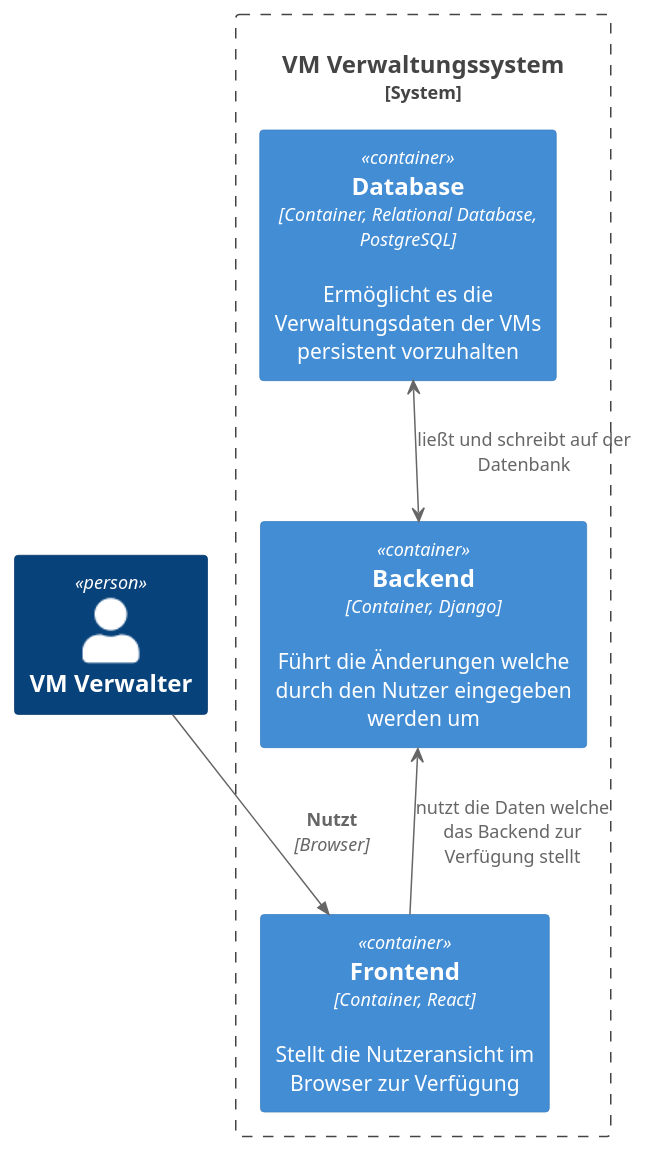
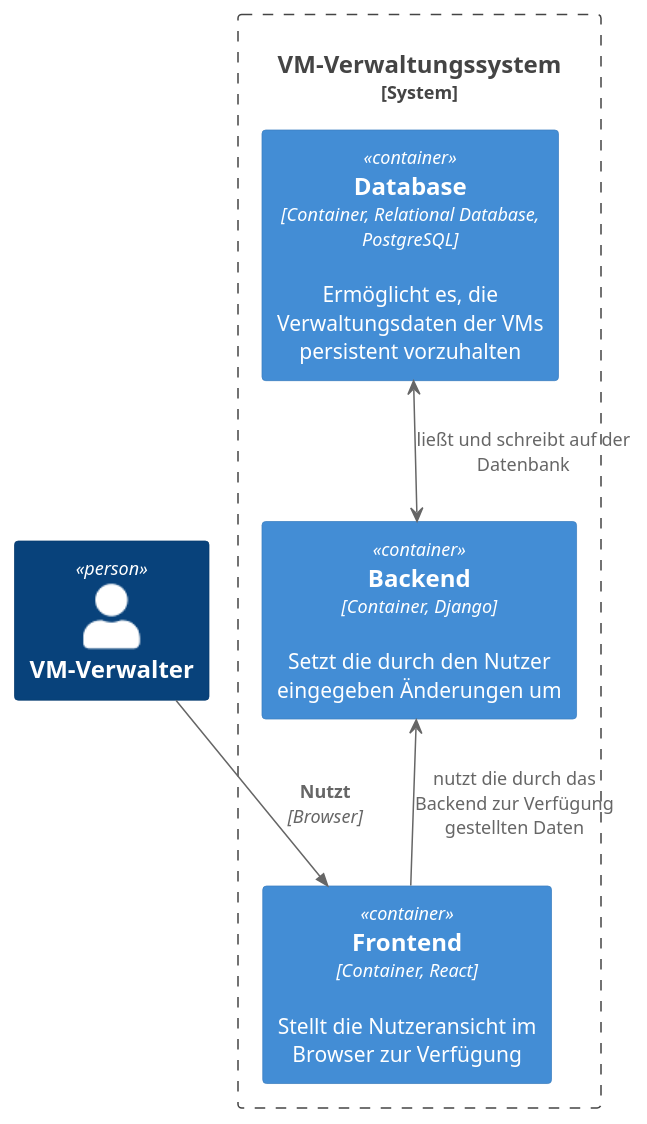
Before and after one commit to henrikalbrecht/I05-Virtuelle-Maschinen: the diagram in docs/architecture/c4-container.puml, drawn with PlantUML. The commit also changed 1 other file, not shown here.

```diff
--- a/docs/architecture/c4-container.puml
+++ b/docs/architecture/c4-container.puml
@@ -3,14 +3,14 @@
 @startuml Container
 !include https://raw.githubusercontent.com/plantuml-stdlib/C4-PlantUML/master/C4_Container.puml
 
-Person(admin, "VM Verwalter")
-System_Boundary(c1, "VM Verwaltungssystem") {
+Person(admin, "VM-Verwalter")
+System_Boundary(c1, "VM-Verwaltungssystem") {
     Container(frontend, "Frontend", "Container, React", "Stellt die Nutzeransicht im Browser zur Verfügung")
-    Container(database, "Database", "Container, Relational Database, PostgreSQL", "Ermöglicht es die Verwaltungsdaten der VMs persistent vorzuhalten"   )
-    Container(backend, "Backend", "Container, Django", "Führt die Änderungen welche durch den Nutzer eingegeben werden um" )
+    Container(database, "Database", "Container, Relational Database, PostgreSQL", "Ermöglicht es, die Verwaltungsdaten der VMs persistent vorzuhalten"   )
+    Container(backend, "Backend", "Container, Django", "Setzt die durch den Nutzer eingegeben Änderungen um" )
 }
 
 Rel(admin, frontend, "Nutzt", "Browser")
 database<-->backend: ließt und schreibt auf der Datenbank
-backend<--frontend: nutzt die Daten welche das Backend zur Verfügung stellt
+backend<--frontend: nutzt die durch das Backend zur Verfügung gestellten Daten
 @enduml
```
